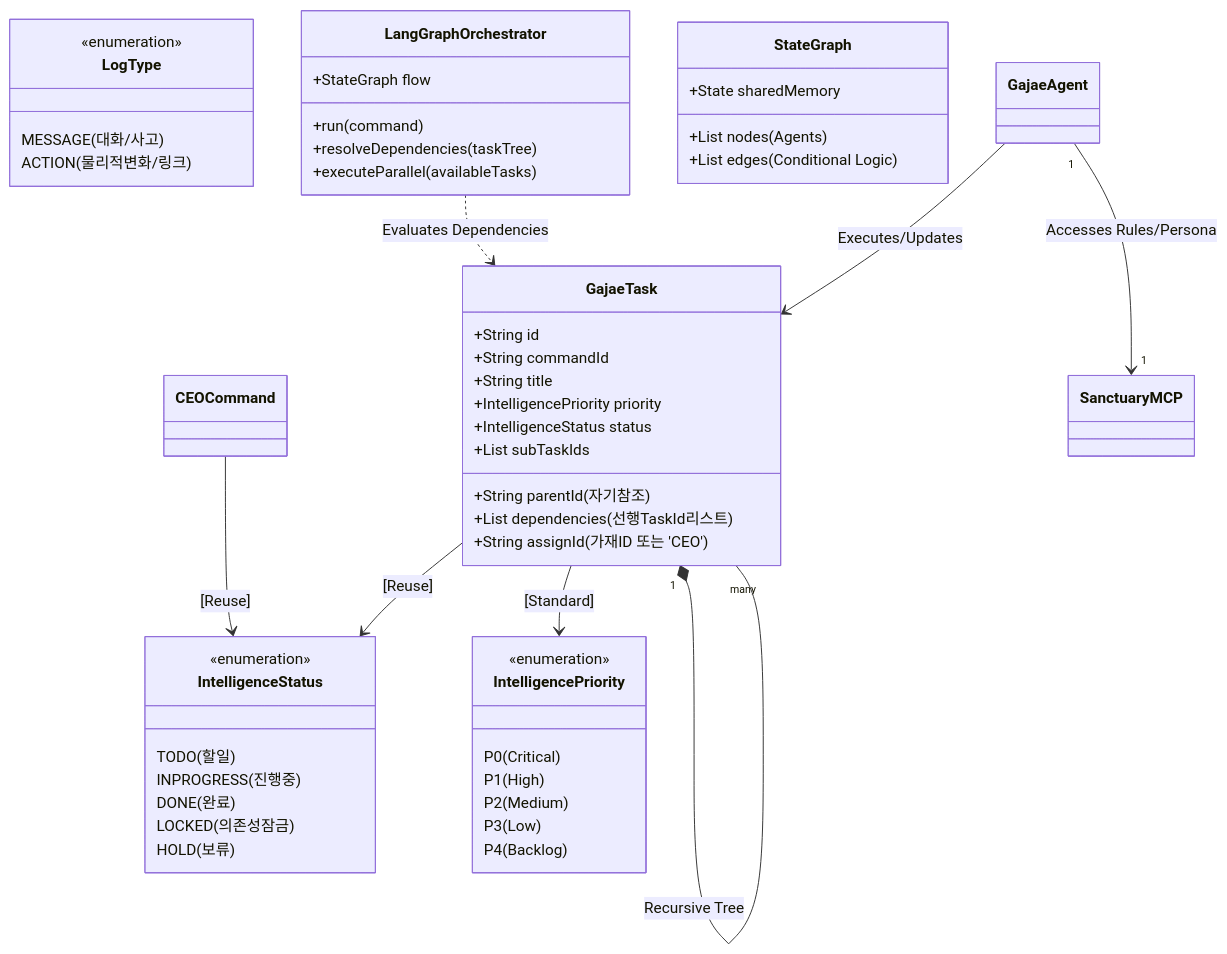
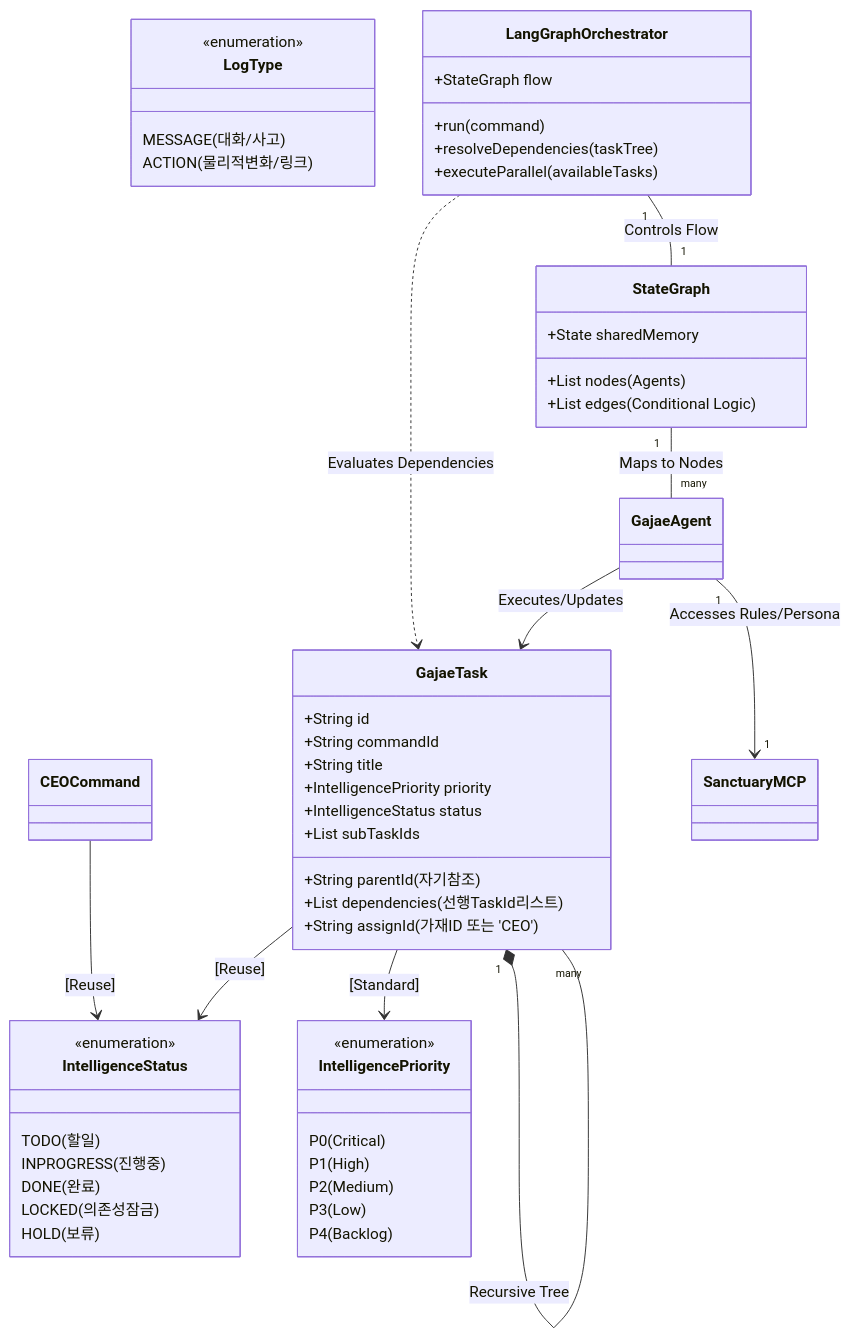
Before and after one commit to KyleL22/yuna-openclaw: the first of 2 diagrams in docs/core/process/SYSTEM_DESIGN_V1_0.md, drawn with Mermaid.

Commit message:
docs: Sanctuary v3.9 - Reconnected StateGraph in UML

````diff
--- a/docs/core/process/SYSTEM_DESIGN_V1_0.md
+++ b/docs/core/process/SYSTEM_DESIGN_V1_0.md
@@ -11,60 +11,62 @@
 ```mermaid
 classDiagram
     class IntelligenceStatus {
         <<enumeration>>
         TODO (할일)
         INPROGRESS (진행중)
         DONE (완료)
         LOCKED (의존성잠금)
         HOLD (보류)
     }
 
     class IntelligencePriority {
         <<enumeration>>
         P0 (Critical)
         P1 (High)
         P2 (Medium)
         P3 (Low)
         P4 (Backlog)
     }
 
     class LogType {
         <<enumeration>>
         MESSAGE (대화/사고)
         ACTION (물리적변화/링크)
     }
 
     class GajaeTask {
         +String id
         +String commandId
         +String parentId (자기참조)
         +List dependencies (선행TaskId리스트)
         +String title
         +IntelligencePriority priority
         +IntelligenceStatus status
         +String assignId (가재ID 또는 'CEO')
         +List subTaskIds
     }
 
     class LangGraphOrchestrator {
         +StateGraph flow
         +run(command)
         +resolveDependencies(taskTree)
         +executeParallel(availableTasks)
     }
 
     class StateGraph {
         +List nodes (Agents)
         +List edges (Conditional Logic)
         +State sharedMemory
     }
 
     %% Relationships & Connectivity
     CEOCommand --> IntelligenceStatus : [Reuse]
     GajaeTask --> IntelligenceStatus : [Reuse]
     GajaeTask --> IntelligencePriority : [Standard]
     GajaeTask "1" *-- "many" GajaeTask : Recursive Tree
+    LangGraphOrchestrator "1" -- "1" StateGraph : Controls Flow
+    StateGraph "1" -- "many" GajaeAgent : Maps to Nodes
     LangGraphOrchestrator ..> GajaeTask : Evaluates Dependencies
     GajaeAgent --> GajaeTask : Executes/Updates
     GajaeAgent "1" --> "1" SanctuaryMCP : Accesses Rules/Persona
 ```
````
